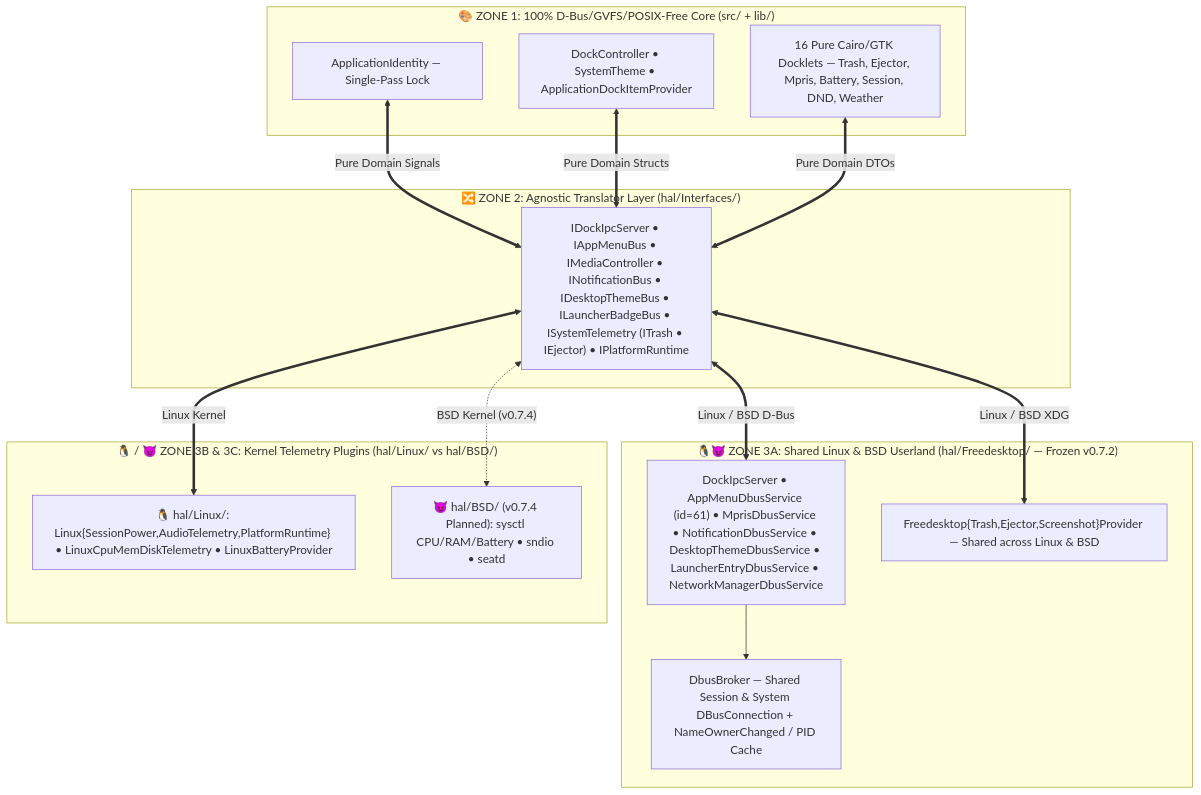
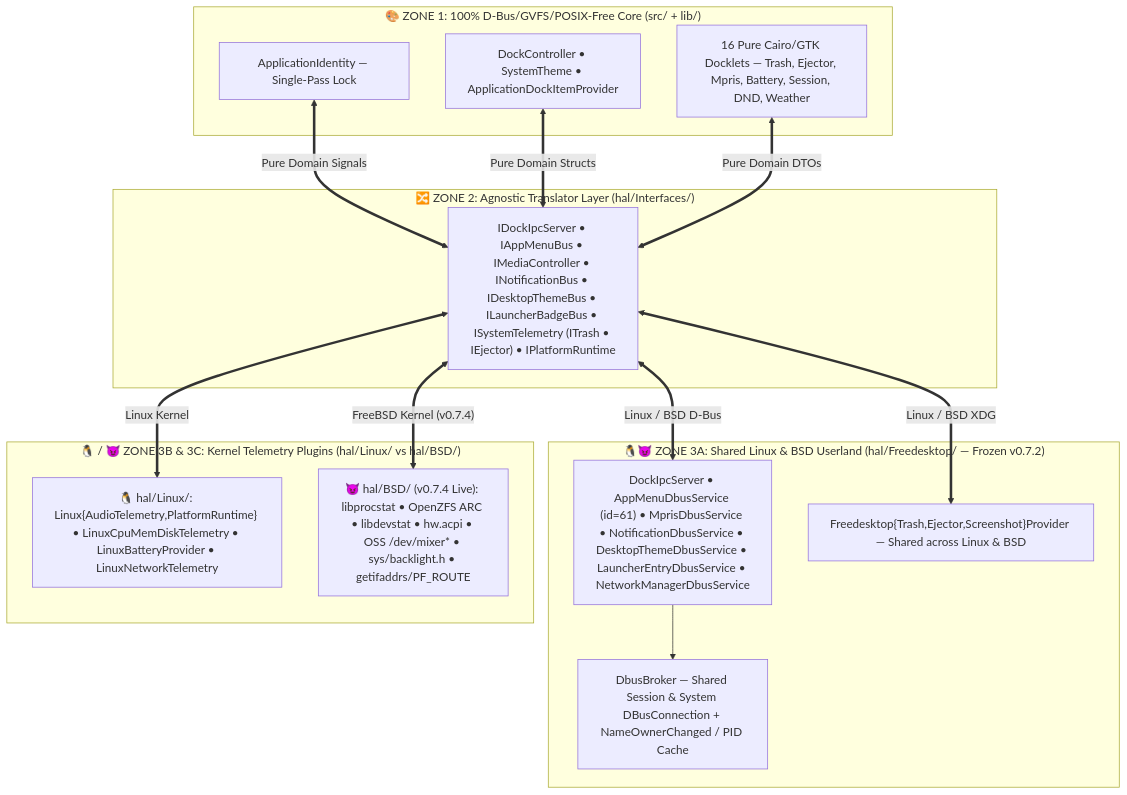
Before and after one commit to sergiomelas/WayPlank: the third of 4 diagrams in Documentation/Architecture/HAL_BUSES.md, drawn with Mermaid. The commit also changed other lines of this file and 54 other files, not shown here.

Commit message:
v0.7.4 (Public Beta 5): Native FreeBSD Kernel Backend hal/BSD/, Symmetric Smart Accordions & Per-Dock (#31), Windows 4-Tier Brightness (#38) & 942/942 (100.0%) 7-Platform Qualified

````diff
--- a/Documentation/Architecture/HAL_BUSES.md
+++ b/Documentation/Architecture/HAL_BUSES.md
@@ -302,32 +303,32 @@
 ```mermaid
 flowchart TD
     subgraph ZONE1_CORE ["🎨 ZONE 1: 100% D-Bus/GVFS/POSIX-Free Core (src/ + lib/)"]
         IDENTITY["ApplicationIdentity — Single-Pass Lock"];
         CORE_SVC["DockController • SystemTheme • ApplicationDockItemProvider"];
         DOCKLETS["16 Pure Cairo/GTK Docklets — Trash, Ejector, Mpris, Battery, Session, DND, Weather"];
     end
 
     subgraph ZONE2_TRANS ["🔀 ZONE 2: Agnostic Translator Layer (hal/Interfaces/)"]
         TRANS["IDockIpcServer • IAppMenuBus • IMediaController • INotificationBus • IDesktopThemeBus • ILauncherBadgeBus • ISystemTelemetry (ITrash • IEjector) • IPlatformRuntime"];
     end
 
     subgraph ZONE3_FDO ["🐧😈 ZONE 3A: Shared Linux & BSD Userland (hal/Freedesktop/ — Frozen v0.7.2)"]
         BROKER["DbusBroker — Shared Session & System DBusConnection + NameOwnerChanged / PID Cache"];
         DBUS_SVC["DockIpcServer • AppMenuDbusService (id=61) • MprisDbusService • NotificationDbusService • DesktopThemeDbusService • LauncherEntryDbusService • NetworkManagerDbusService"];
         XDG_SVC["Freedesktop{Trash,Ejector,Screenshot}Provider — Shared across Linux & BSD"];
         DBUS_SVC --> BROKER;
     end
 
     subgraph ZONE3_KERN_D ["🐧 / 😈 ZONE 3B & 3C: Kernel Telemetry Plugins (hal/Linux/ vs hal/BSD/)"]
-        LIN_TEL["🐧 hal/Linux/: Linux{SessionPower,AudioTelemetry,PlatformRuntime} • LinuxCpuMemDiskTelemetry • LinuxBatteryProvider"];
-        BSD_TEL["😈 hal/BSD/ (v0.7.4 Planned): sysctl CPU/RAM/Battery • sndio • seatd"];
+        LIN_TEL["🐧 hal/Linux/: Linux{AudioTelemetry,PlatformRuntime} • LinuxCpuMemDiskTelemetry • LinuxBatteryProvider • LinuxNetworkTelemetry"];
+        BSD_TEL["😈 hal/BSD/ (v0.7.4 Live): libprocstat • OpenZFS ARC • libdevstat • hw.acpi • OSS /dev/mixer* • sys/backlight.h • getifaddrs/PF_ROUTE"];
     end
 
     IDENTITY <==>|"Pure Domain Signals"| TRANS;
     CORE_SVC <==>|"Pure Domain Structs"| TRANS;
     DOCKLETS <==>|"Pure Domain DTOs"| TRANS;
     TRANS <==>|"Linux / BSD D-Bus"| DBUS_SVC;
     TRANS <==>|"Linux / BSD XDG"| XDG_SVC;
     TRANS <==>|"Linux Kernel"| LIN_TEL;
-    TRANS <-.->|"BSD Kernel (v0.7.4)"| BSD_TEL;
+    TRANS <==>|"FreeBSD Kernel (v0.7.4)"| BSD_TEL;
 ```
````
